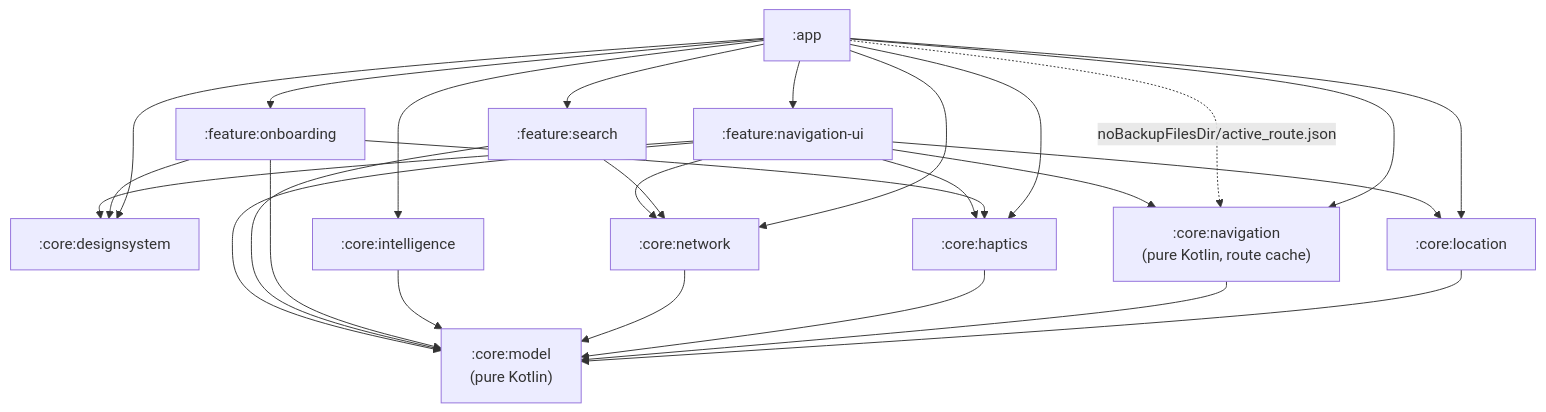
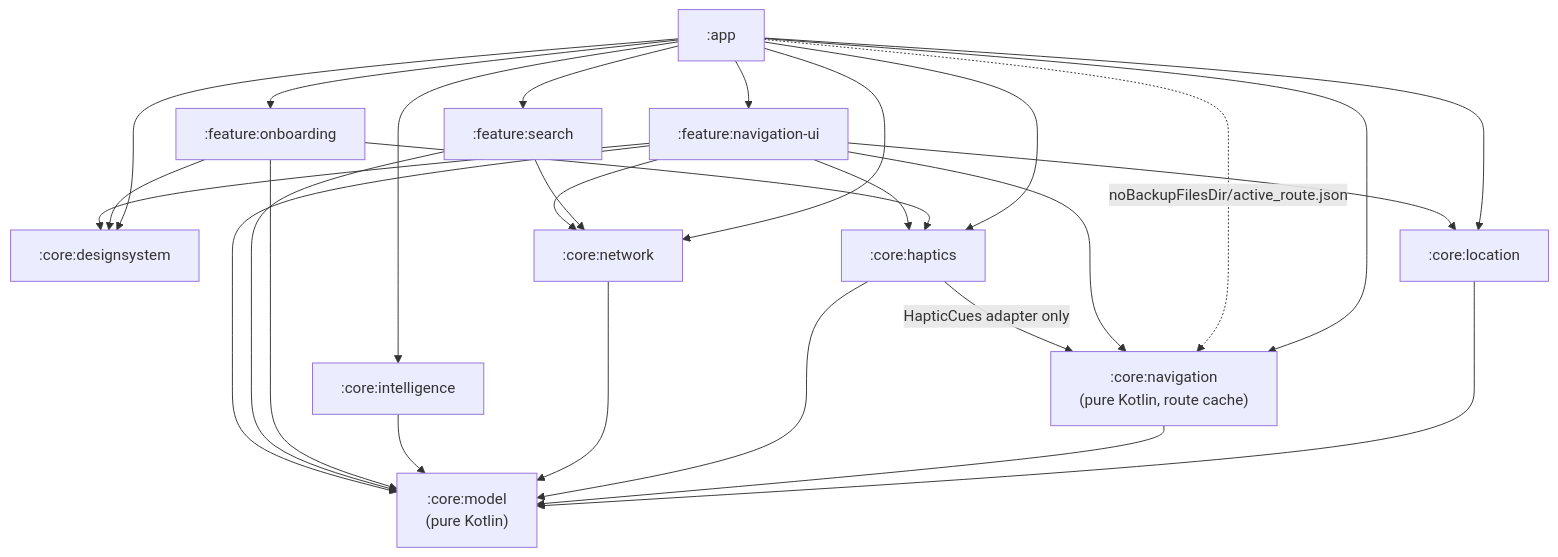
The first of 9 diagrams in ARCHITECTURE.md (Xander-JS/haptiMap_watch), drawn with Mermaid before and after one commit. The commit also changed other lines of this file and 2 other files, not shown here.

````diff
--- a/ARCHITECTURE.md
+++ b/ARCHITECTURE.md
@@ -22,23 +22,24 @@
 ```mermaid
 graph TD
     app[":app"]
     onboarding[":feature:onboarding"]
     search[":feature:search"]
     navui[":feature:navigation-ui"]
     ds[":core:designsystem"]
     location[":core:location"]
     navigation[":core:navigation<br/>(pure Kotlin, route cache)"]
     haptics[":core:haptics"]
     network[":core:network"]
     intelligence[":core:intelligence"]
     model[":core:model<br/>(pure Kotlin)"]
 
     app --> onboarding & search & navui & ds
     app --> location & navigation & haptics & network & intelligence
     app -.->|"noBackupFilesDir/active_route.json"| navigation
     onboarding --> ds & haptics
     search --> network
     navui --> navigation & haptics & network & location & ds
     location & navigation & haptics & network & intelligence --> model
+    haptics -->|"HapticCues adapter only"| navigation
     onboarding & search & navui --> model
 ```
````
